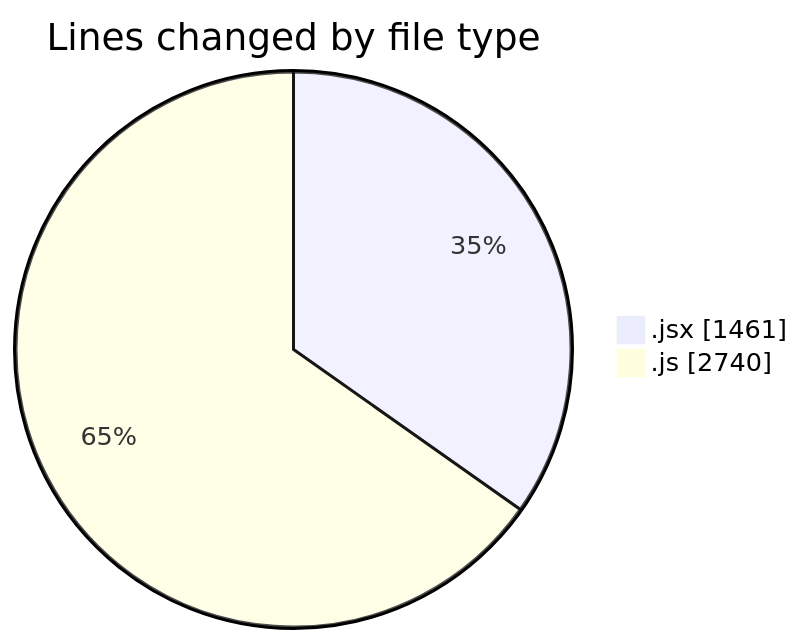
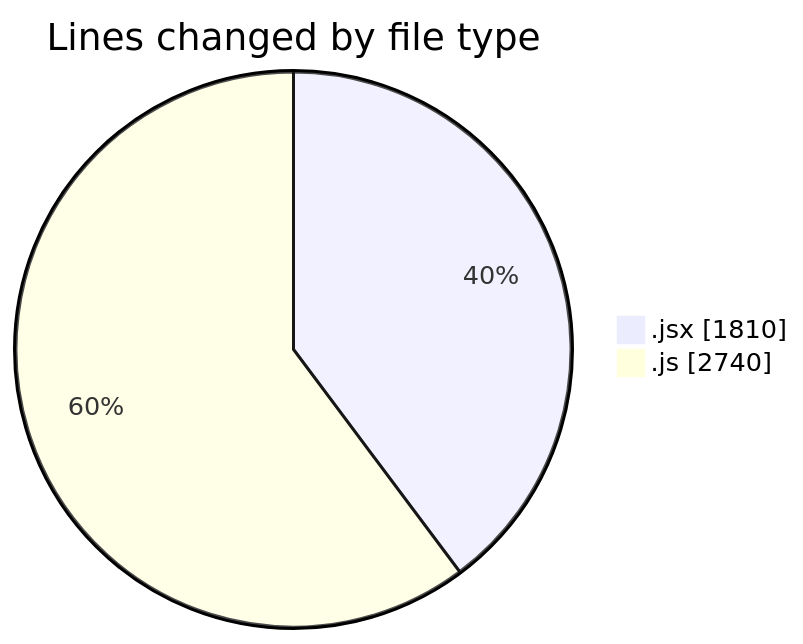
One commit to nxtqubesakshisongat/code-tracking changed the first of 2 diagrams in 2025-11-07/nxtqube_webapp/README.md. Above: the diagram before and after it, drawn with Mermaid. The commit also changed other lines of this file and 1 other file, not shown here.

````diff
--- a/2025-11-07/nxtqube_webapp/README.md
+++ b/2025-11-07/nxtqube_webapp/README.md
@@ -25,6 +26,6 @@
 ```mermaid
 pie showData
 title Lines changed by file type
-".jsx" : 1461
+".jsx" : 1810
 ".js" : 2740
 ```
````
